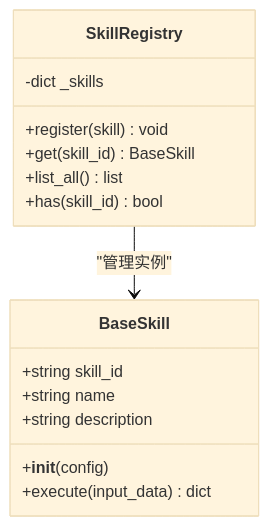
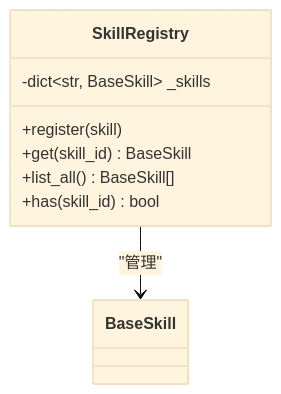
The fourth of 9 diagrams in .qoder/repowiki/zh/content/技能系统/技能开发指南.md (sansansansansan2022-web/hotclaw), drawn with Mermaid (base theme) before and after one commit. The commit also changed other lines of this file and 288 other files, not shown here.

````diff
--- a/.qoder/repowiki/zh/content/技能系统/技能开发指南.md
+++ b/.qoder/repowiki/zh/content/技能系统/技能开发指南.md
@@ -148,18 +157,11 @@
 ```mermaid
 classDiagram
-class BaseSkill {
-+string skill_id
-+string name
-+string description
-+__init__(config)
-+execute(input_data) dict
-}
 class SkillRegistry {
--dict _skills
-+register(skill) void
+-dict~str, BaseSkill~ _skills
++register(skill)
 +get(skill_id) BaseSkill
-+list_all() list
++list_all() BaseSkill[]
 +has(skill_id) bool
 }
-SkillRegistry --> BaseSkill : "管理实例"
+SkillRegistry --> BaseSkill : "管理"
 ```
````
